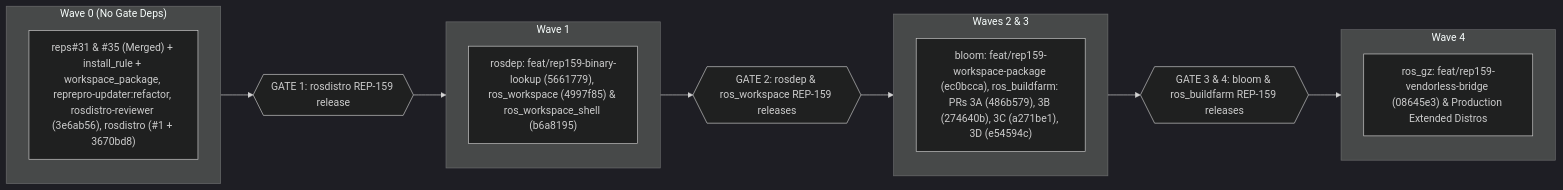
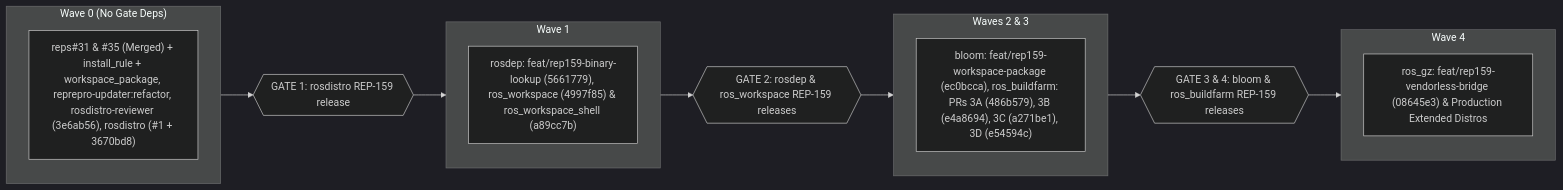
One commit to KmoM88/rep159-testing changed the eighth of 8 diagrams in TOPOLOGICAL_TESTING_EVIDENCE_GIST.md. Above: the diagram before and after it, drawn with Mermaid (dark theme). The commit also changed other lines of this file and 15 other files, not shown here.

Commit message:
Document review resolutions, switch ros_workspace_shell to main, and checkout Stage 6

````diff
--- a/TOPOLOGICAL_TESTING_EVIDENCE_GIST.md
+++ b/TOPOLOGICAL_TESTING_EVIDENCE_GIST.md
@@ -282,19 +282,19 @@
 ```mermaid
 flowchart LR
     subgraph W0 ["Wave 0 (No Gate Deps)"]
         R0["reps#31 & #35 (Merged) + install_rule + workspace_package, reprepro-updater:refactor, rosdistro-reviewer (3e6ab56), rosdistro (#1 + 3670bd8)"]
     end
     W0 --> G1{{"GATE 1: rosdistro REP-159 release"}}
     subgraph W1 ["Wave 1"]
-        R1["rosdep: feat/rep159-binary-lookup (5661779), ros_workspace (4997f85) & ros_workspace_shell (b6a8195)"]
+        R1["rosdep: feat/rep159-binary-lookup (5661779), ros_workspace (4997f85) & ros_workspace_shell (a89cc7b)"]
     end
     G1 --> W1 --> G2{{"GATE 2: rosdep & ros_workspace REP-159 releases"}}
     subgraph W23 ["Waves 2 & 3"]
-        R2["bloom: feat/rep159-workspace-package (ec0bcca), ros_buildfarm: PRs 3A (486b579), 3B (274640b), 3C (a271be1), 3D (e54594c)"]
+        R2["bloom: feat/rep159-workspace-package (ec0bcca), ros_buildfarm: PRs 3A (486b579), 3B (e4a8694), 3C (a271be1), 3D (e54594c)"]
     end
     G2 --> W23 --> G4{{"GATE 3 & 4: bloom & ros_buildfarm REP-159 releases"}}
     subgraph W4 ["Wave 4"]
         R4["ros_gz: feat/rep159-vendorless-bridge (08645e3) & Production Extended Distros"]
     end
     G4 --> W4
 ```
````
